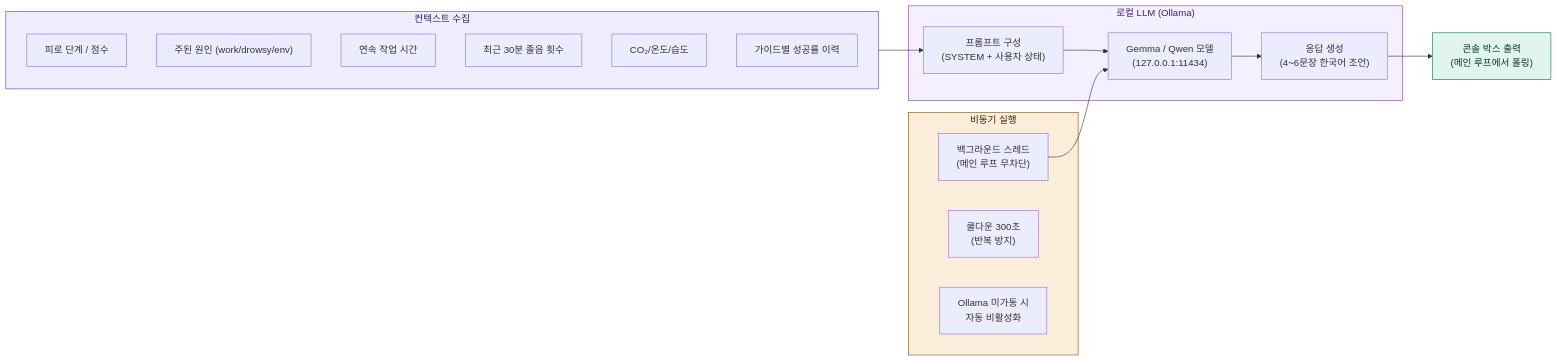
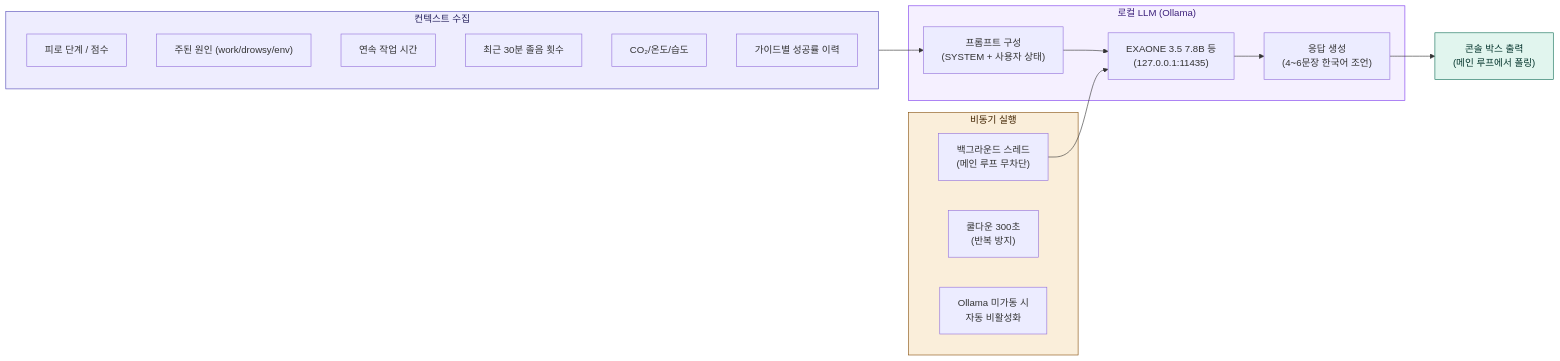
One commit to pgh165/capstone changed the ninth of 13 diagrams in project.md. Above: the diagram before and after it, drawn with Mermaid. The commit also changed other lines of this file and 4 other files, not shown here.

````diff
--- a/project.md
+++ b/project.md
@@ -703,33 +703,33 @@
 ```mermaid
 flowchart LR
     subgraph CTX["컨텍스트 수집"]
         X1["피로 단계 / 점수"]
         X2["주된 원인 (work/drowsy/env)"]
         X3["연속 작업 시간"]
         X4["최근 30분 졸음 횟수"]
         X5["CO₂/온도/습도"]
         X6["가이드별 성공률 이력"]
     end
 
     subgraph LLM["로컬 LLM (Ollama)"]
         P["프롬프트 구성<br/>(SYSTEM + 사용자 상태)"]
-        M["Gemma / Qwen 모델<br/>(127.0.0.1:11434)"]
+        M["EXAONE 3.5 7.8B 등<br/>(127.0.0.1:11435)"]
         R["응답 생성<br/>(4~6문장 한국어 조언)"]
         P --> M --> R
     end
 
     subgraph ASYNC["비동기 실행"]
         TH["백그라운드 스레드<br/>(메인 루프 무차단)"]
         CD["쿨다운 300초<br/>(반복 방지)"]
         FB["Ollama 미가동 시<br/>자동 비활성화"]
     end
 
     CTX --> P
     TH --> M
     R --> DISPLAY["콘솔 박스 출력<br/>(메인 루프에서 폴링)"]
 
     style CTX fill:#EEEDFE,stroke:#534AB7,color:#26215C
     style LLM fill:#F5F0FF,stroke:#7C3AED,color:#3B1F7A
     style ASYNC fill:#FAEEDA,stroke:#854F0B,color:#412402
     style DISPLAY fill:#E1F5EE,stroke:#0F6E56,color:#04342C
 ```
````
